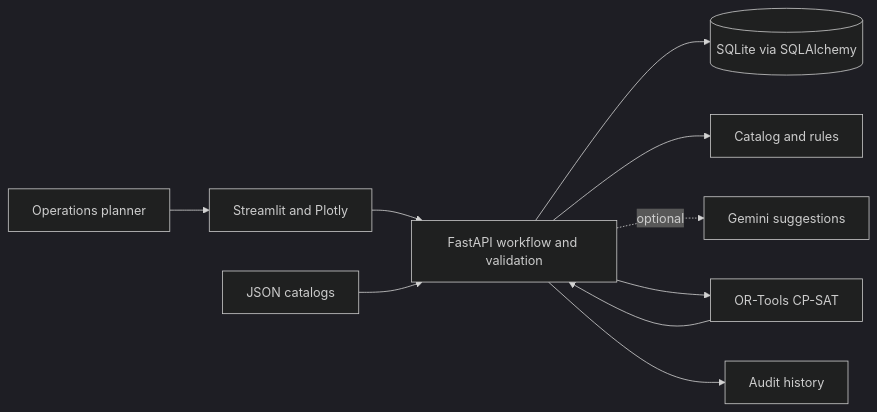
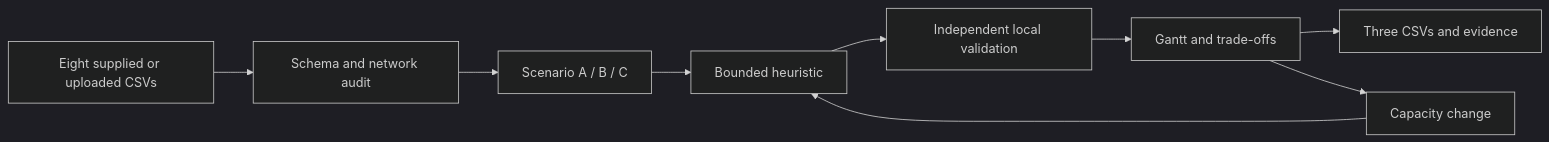
One commit to simonraj79/ngeebula_ui_ux changed the diagram in README.md. Above: the diagram before and after it, drawn with Mermaid (dark theme). The commit also changed other lines of this file and 137 other files, not shown here.

````diff
--- a/README.md
+++ b/README.md
@@ -79,12 +30,11 @@
 ```mermaid
 flowchart LR
-    O[Operations planner] --> UI[Streamlit and Plotly]
-    UI --> API[FastAPI workflow and validation]
-    API --> DB[(SQLite via SQLAlchemy)]
-    Catalog[JSON catalogs] --> API
-    API --> Rules[Catalog and rules]
-    API -. optional .-> Gemini[Gemini suggestions]
-    API --> Solver[OR-Tools CP-SAT]
-    Solver --> API
-    API --> Audit[Audit history]
+    CSV[Eight supplied or uploaded CSVs] --> Audit[Schema and network audit]
+    Audit --> Policy[Scenario A / B / C]
+    Policy --> Plan[Bounded heuristic]
+    Plan --> Check[Independent local validation]
+    Check --> Review[Gantt and trade-offs]
+    Review --> Export[Three CSVs and evidence]
+    Review --> Change[Capacity change]
+    Change --> Plan
 ```
````
